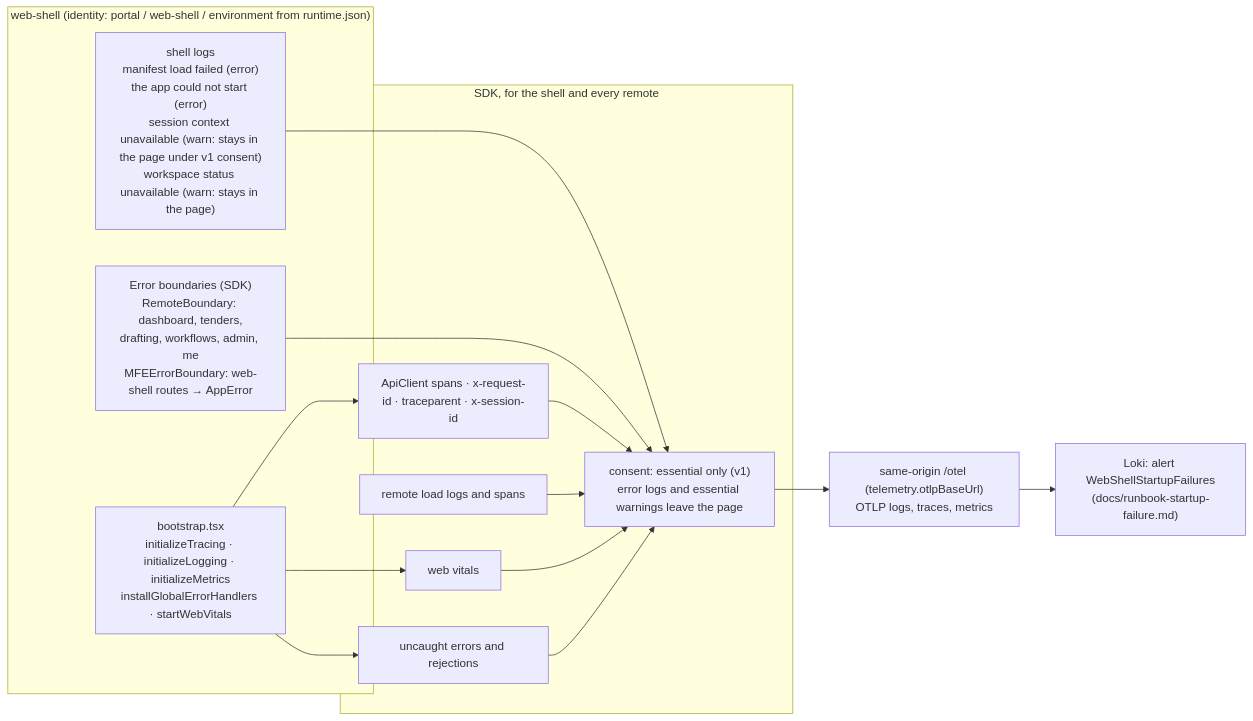
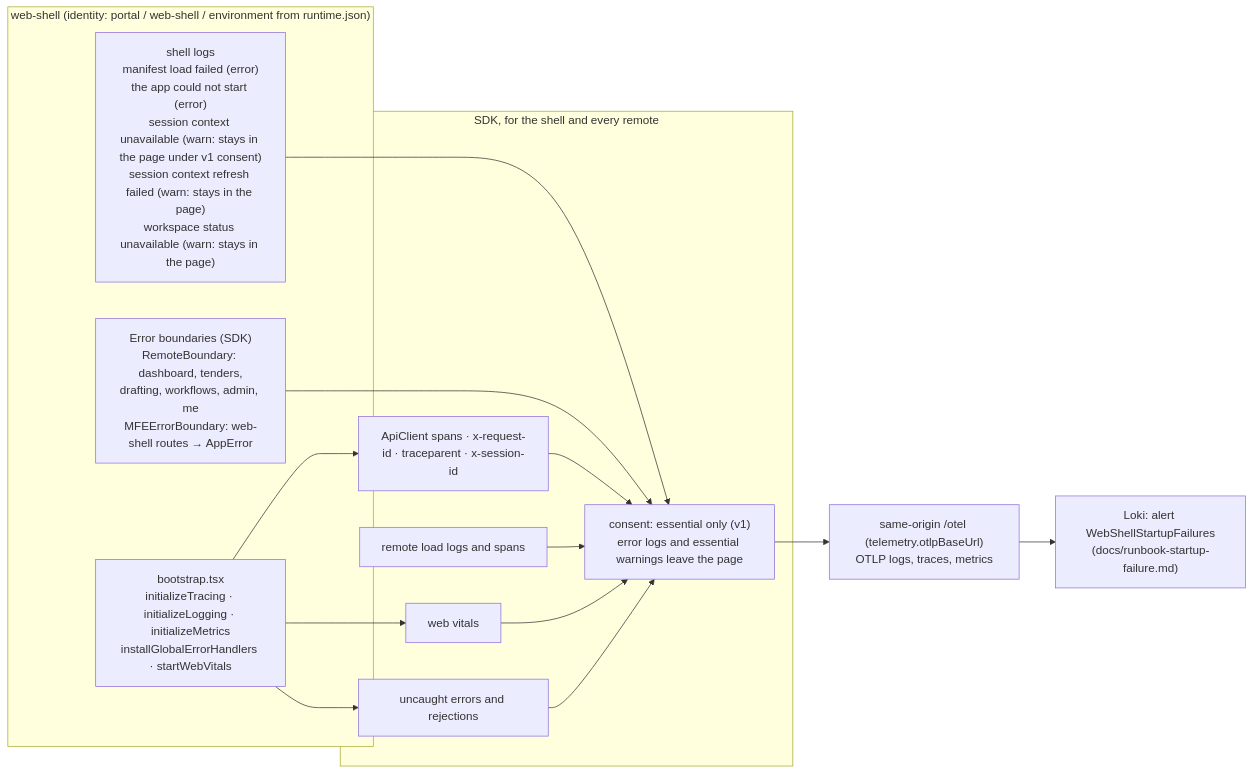
Before and after one commit to BCBP-SOLUTIONS-FZC-LLC/web-shell: the diagram in docs/architecture/mermaid/observability-stack.mmd, drawn with Mermaid. The commit also changed 17 other files, not shown here.

```diff
--- a/docs/architecture/mermaid/observability-stack.mmd
+++ b/docs/architecture/mermaid/observability-stack.mmd
@@ -1,26 +1,26 @@
 graph LR
     subgraph shell["web-shell (identity: portal / web-shell / environment from runtime.json)"]
         boot["bootstrap.tsx\ninitializeTracing · initializeLogging · initializeMetrics\ninstallGlobalErrorHandlers · startWebVitals"]
-        logs["shell logs\nmanifest load failed (error)\nthe app could not start (error)\nsession context unavailable (warn: stays in the page under v1 consent)\nworkspace status unavailable (warn: stays in the page)"]
+        logs["shell logs\nmanifest load failed (error)\nthe app could not start (error)\nsession context unavailable (warn: stays in the page under v1 consent)\nsession context refresh failed (warn: stays in the page)\nworkspace status unavailable (warn: stays in the page)"]
         bnd["Error boundaries (SDK)\nRemoteBoundary: dashboard, tenders,\ndrafting, workflows, admin, me\nMFEErrorBoundary: web-shell routes → AppError"]
     end
     subgraph sdk["SDK, for the shell and every remote"]
         api["ApiClient spans · x-request-id · traceparent · x-session-id"]
         mfe["remote load logs and spans"]
         vit["web vitals"]
         err["uncaught errors and rejections"]
         consent["consent: essential only (v1)\nerror logs and essential warnings leave the page"]
     end
     otel["same-origin /otel (telemetry.otlpBaseUrl)\nOTLP logs, traces, metrics"]
     loki["Loki: alert WebShellStartupFailures\n(docs/runbook-startup-failure.md)"]
     boot --> api
     boot --> vit
     boot --> err
     logs --> consent
     bnd --> consent
     api --> consent
     mfe --> consent
     vit --> consent
     err --> consent
     consent --> otel
     otel --> loki
```
